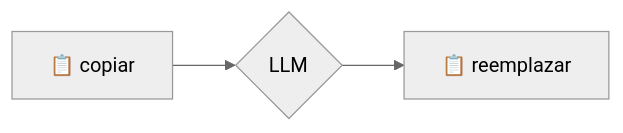
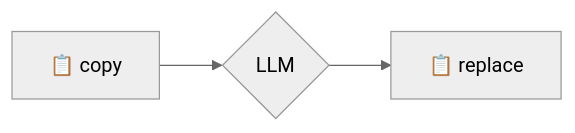
One commit to zarvent/v2m-lab changed the second of 2 diagrams in README.md. Above: the diagram before and after it, drawn with Mermaid (neutral theme). The commit also changed other lines of this file and 44 other files, not shown here.

````diff
--- a/README.md
+++ b/README.md
@@ -60,5 +60,5 @@
 ```mermaid
 flowchart LR
-A[📋 copiar] --> B{LLM}
-B --> C[📋 reemplazar]
+A[📋 copy] --> B{LLM}
+B --> C[📋 replace]
 ```
````
